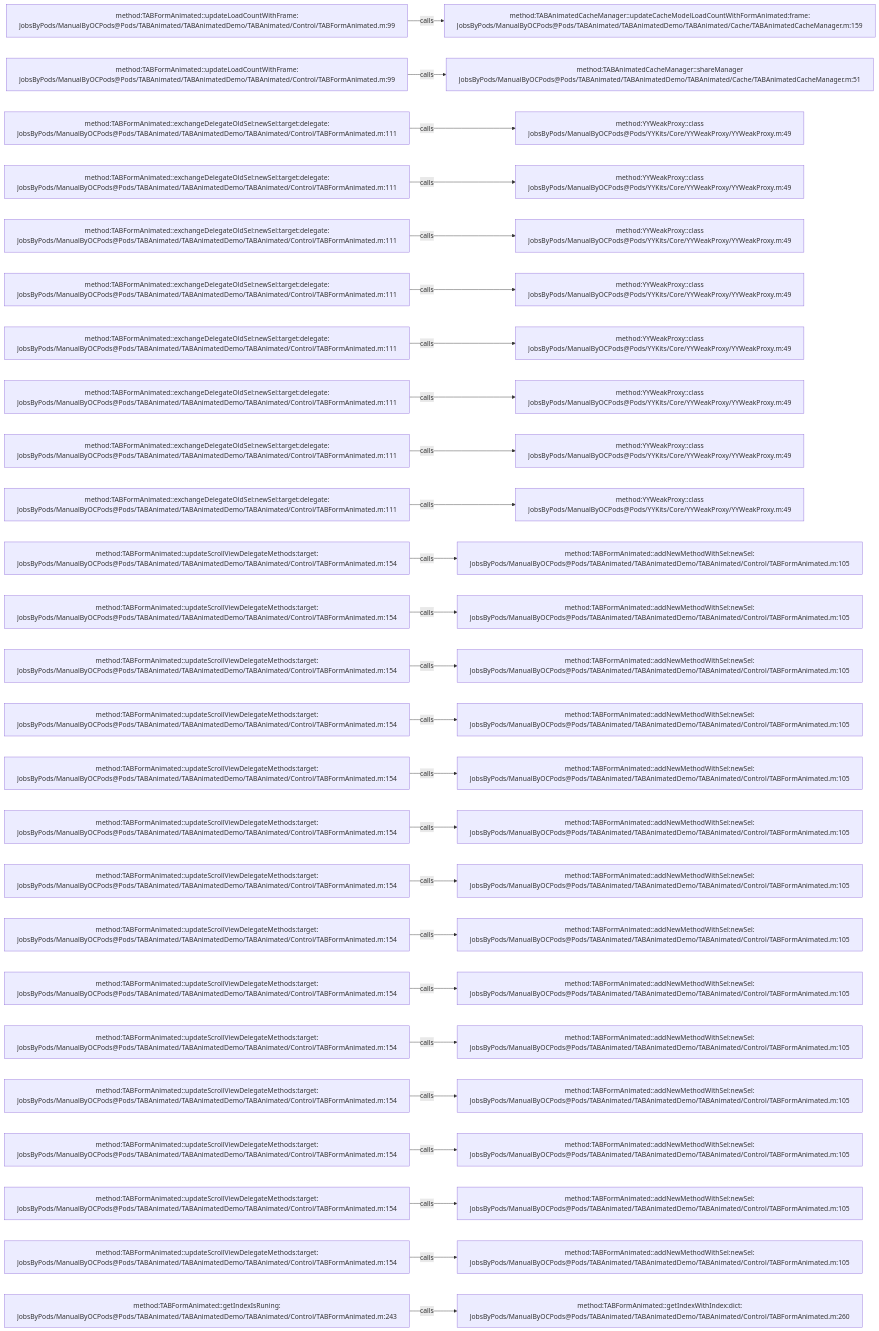
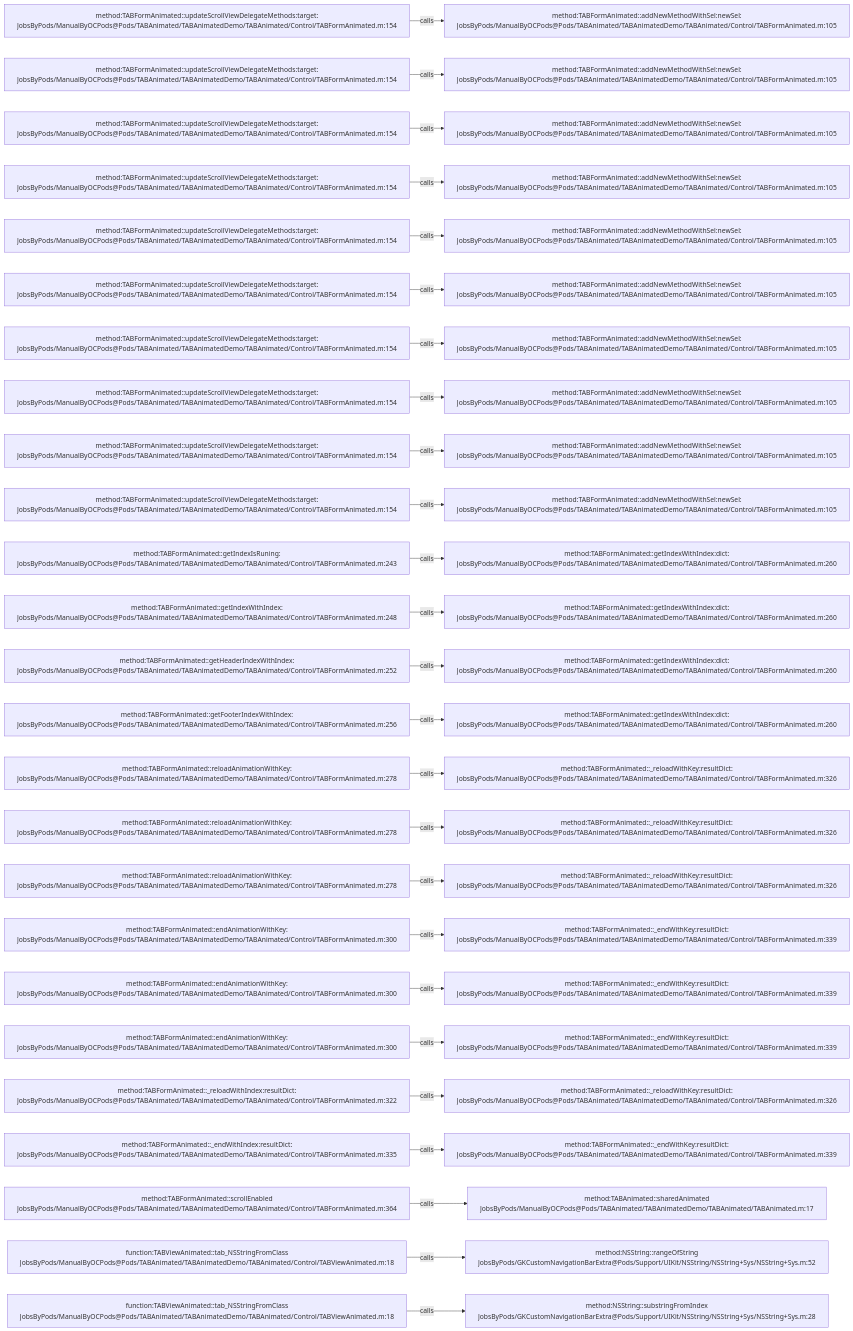
One commit to JobsKits/JobsOCBaseConfigDemo changed the diagram in .codegraph/codegraph.md/graphs/calls-026.md. Above: the diagram before and after it, drawn with Mermaid. The commit also changed 296 other files, not shown here.

````diff
--- a/.codegraph/codegraph.md/graphs/calls-026.md
+++ b/.codegraph/codegraph.md/graphs/calls-026.md
@@ -13,78 +13,78 @@
 ```mermaid
 flowchart LR
-  S1["method:TABFormAnimated::updateLoadCountWithFrame:<br/>JobsByPods/ManualByOCPods@Pods/TABAnimated/TABAnimatedDemo/TABAnimated/Control/TABFormAnimated.m:99"]
-  T1["method:TABAnimatedCacheManager::updateCacheModelLoadCountWithFormAnimated:frame:<br/>JobsByPods/ManualByOCPods@Pods/TABAnimated/TABAnimatedDemo/TABAnimated/Cache/TABAnimatedCacheManager.m:159"]
+  S1["method:TABFormAnimated::updateScrollViewDelegateMethods:target:<br/>JobsByPods/ManualByOCPods@Pods/TABAnimated/TABAnimatedDemo/TABAnimated/Control/TABFormAnimated.m:154"]
+  T1["method:TABFormAnimated::addNewMethodWithSel:newSel:<br/>JobsByPods/ManualByOCPods@Pods/TABAnimated/TABAnimatedDemo/TABAnimated/Control/TABFormAnimated.m:105"]
   S1 -->|calls| T1
-  S2["method:TABFormAnimated::updateLoadCountWithFrame:<br/>JobsByPods/ManualByOCPods@Pods/TABAnimated/TABAnimatedDemo/TABAnimated/Control/TABFormAnimated.m:99"]
-  T2["method:TABAnimatedCacheManager::shareManager<br/>JobsByPods/ManualByOCPods@Pods/TABAnimated/TABAnimatedDemo/TABAnimated/Cache/TABAnimatedCacheManager.m:51"]
+  S2["method:TABFormAnimated::updateScrollViewDelegateMethods:target:<br/>JobsByPods/ManualByOCPods@Pods/TABAnimated/TABAnimatedDemo/TABAnimated/Control/TABFormAnimated.m:154"]
+  T2["method:TABFormAnimated::addNewMethodWithSel:newSel:<br/>JobsByPods/ManualByOCPods@Pods/TABAnimated/TABAnimatedDemo/TABAnimated/Control/TABFormAnimated.m:105"]
   S2 -->|calls| T2
-  S3["method:TABFormAnimated::exchangeDelegateOldSel:newSel:target:delegate:<br/>JobsByPods/ManualByOCPods@Pods/TABAnimated/TABAnimatedDemo/TABAnimated/Control/TABFormAnimated.m:111"]
-  T3["method:YYWeakProxy::class<br/>JobsByPods/ManualByOCPods@Pods/YYKits/Core/YYWeakProxy/YYWeakProxy.m:49"]
+  S3["method:TABFormAnimated::updateScrollViewDelegateMethods:target:<br/>JobsByPods/ManualByOCPods@Pods/TABAnimated/TABAnimatedDemo/TABAnimated/Control/TABFormAnimated.m:154"]
+  T3["method:TABFormAnimated::addNewMethodWithSel:newSel:<br/>JobsByPods/ManualByOCPods@Pods/TABAnimated/TABAnimatedDemo/TABAnimated/Control/TABFormAnimated.m:105"]
   S3 -->|calls| T3
-  S4["method:TABFormAnimated::exchangeDelegateOldSel:newSel:target:delegate:<br/>JobsByPods/ManualByOCPods@Pods/TABAnimated/TABAnimatedDemo/TABAnimated/Control/TABFormAnimated.m:111"]
-  T4["method:YYWeakProxy::class<br/>JobsByPods/ManualByOCPods@Pods/YYKits/Core/YYWeakProxy/YYWeakProxy.m:49"]
+  S4["method:TABFormAnimated::updateScrollViewDelegateMethods:target:<br/>JobsByPods/ManualByOCPods@Pods/TABAnimated/TABAnimatedDemo/TABAnimated/Control/TABFormAnimated.m:154"]
+  T4["method:TABFormAnimated::addNewMethodWithSel:newSel:<br/>JobsByPods/ManualByOCPods@Pods/TABAnimated/TABAnimatedDemo/TABAnimated/Control/TABFormAnimated.m:105"]
   S4 -->|calls| T4
-  S5["method:TABFormAnimated::exchangeDelegateOldSel:newSel:target:delegate:<br/>JobsByPods/ManualByOCPods@Pods/TABAnimated/TABAnimatedDemo/TABAnimated/Control/TABFormAnimated.m:111"]
-  T5["method:YYWeakProxy::class<br/>JobsByPods/ManualByOCPods@Pods/YYKits/Core/YYWeakProxy/YYWeakProxy.m:49"]
+  S5["method:TABFormAnimated::updateScrollViewDelegateMethods:target:<br/>JobsByPods/ManualByOCPods@Pods/TABAnimated/TABAnimatedDemo/TABAnimated/Control/TABFormAnimated.m:154"]
+  T5["method:TABFormAnimated::addNewMethodWithSel:newSel:<br/>JobsByPods/ManualByOCPods@Pods/TABAnimated/TABAnimatedDemo/TABAnimated/Control/TABFormAnimated.m:105"]
   S5 -->|calls| T5
-  S6["method:TABFormAnimated::exchangeDelegateOldSel:newSel:target:delegate:<br/>JobsByPods/ManualByOCPods@Pods/TABAnimated/TABAnimatedDemo/TABAnimated/Control/TABFormAnimated.m:111"]
-  T6["method:YYWeakProxy::class<br/>JobsByPods/ManualByOCPods@Pods/YYKits/Core/YYWeakProxy/YYWeakProxy.m:49"]
+  S6["method:TABFormAnimated::updateScrollViewDelegateMethods:target:<br/>JobsByPods/ManualByOCPods@Pods/TABAnimated/TABAnimatedDemo/TABAnimated/Control/TABFormAnimated.m:154"]
+  T6["method:TABFormAnimated::addNewMethodWithSel:newSel:<br/>JobsByPods/ManualByOCPods@Pods/TABAnimated/TABAnimatedDemo/TABAnimated/Control/TABFormAnimated.m:105"]
   S6 -->|calls| T6
-  S7["method:TABFormAnimated::exchangeDelegateOldSel:newSel:target:delegate:<br/>JobsByPods/ManualByOCPods@Pods/TABAnimated/TABAnimatedDemo/TABAnimated/Control/TABFormAnimated.m:111"]
-  T7["method:YYWeakProxy::class<br/>JobsByPods/ManualByOCPods@Pods/YYKits/Core/YYWeakProxy/YYWeakProxy.m:49"]
+  S7["method:TABFormAnimated::updateScrollViewDelegateMethods:target:<br/>JobsByPods/ManualByOCPods@Pods/TABAnimated/TABAnimatedDemo/TABAnimated/Control/TABFormAnimated.m:154"]
+  T7["method:TABFormAnimated::addNewMethodWithSel:newSel:<br/>JobsByPods/ManualByOCPods@Pods/TABAnimated/TABAnimatedDemo/TABAnimated/Control/TABFormAnimated.m:105"]
   S7 -->|calls| T7
-  S8["method:TABFormAnimated::exchangeDelegateOldSel:newSel:target:delegate:<br/>JobsByPods/ManualByOCPods@Pods/TABAnimated/TABAnimatedDemo/TABAnimated/Control/TABFormAnimated.m:111"]
-  T8["method:YYWeakProxy::class<br/>JobsByPods/ManualByOCPods@Pods/YYKits/Core/YYWeakProxy/YYWeakProxy.m:49"]
+  S8["method:TABFormAnimated::updateScrollViewDelegateMethods:target:<br/>JobsByPods/ManualByOCPods@Pods/TABAnimated/TABAnimatedDemo/TABAnimated/Control/TABFormAnimated.m:154"]
+  T8["method:TABFormAnimated::addNewMethodWithSel:newSel:<br/>JobsByPods/ManualByOCPods@Pods/TABAnimated/TABAnimatedDemo/TABAnimated/Control/TABFormAnimated.m:105"]
   S8 -->|calls| T8
-  S9["method:TABFormAnimated::exchangeDelegateOldSel:newSel:target:delegate:<br/>JobsByPods/ManualByOCPods@Pods/TABAnimated/TABAnimatedDemo/TABAnimated/Control/TABFormAnimated.m:111"]
-  T9["method:YYWeakProxy::class<br/>JobsByPods/ManualByOCPods@Pods/YYKits/Core/YYWeakProxy/YYWeakProxy.m:49"]
+  S9["method:TABFormAnimated::updateScrollViewDelegateMethods:target:<br/>JobsByPods/ManualByOCPods@Pods/TABAnimated/TABAnimatedDemo/TABAnimated/Control/TABFormAnimated.m:154"]
+  T9["method:TABFormAnimated::addNewMethodWithSel:newSel:<br/>JobsByPods/ManualByOCPods@Pods/TABAnimated/TABAnimatedDemo/TABAnimated/Control/TABFormAnimated.m:105"]
   S9 -->|calls| T9
-  S10["method:TABFormAnimated::exchangeDelegateOldSel:newSel:target:delegate:<br/>JobsByPods/ManualByOCPods@Pods/TABAnimated/TABAnimatedDemo/TABAnimated/Control/TABFormAnimated.m:111"]
-  T10["method:YYWeakProxy::class<br/>JobsByPods/ManualByOCPods@Pods/YYKits/Core/YYWeakProxy/YYWeakProxy.m:49"]
+  S10["method:TABFormAnimated::updateScrollViewDelegateMethods:target:<br/>JobsByPods/ManualByOCPods@Pods/TABAnimated/TABAnimatedDemo/TABAnimated/Control/TABFormAnimated.m:154"]
+  T10["method:TABFormAnimated::addNewMethodWithSel:newSel:<br/>JobsByPods/ManualByOCPods@Pods/TABAnimated/TABAnimatedDemo/TABAnimated/Control/TABFormAnimated.m:105"]
   S10 -->|calls| T10
-  S11["method:TABFormAnimated::updateScrollViewDelegateMethods:target:<br/>JobsByPods/ManualByOCPods@Pods/TABAnimated/TABAnimatedDemo/TABAnimated/Control/TABFormAnimated.m:154"]
-  T11["method:TABFormAnimated::addNewMethodWithSel:newSel:<br/>JobsByPods/ManualByOCPods@Pods/TABAnimated/TABAnimatedDemo/TABAnimated/Control/TABFormAnimated.m:105"]
+  S11["method:TABFormAnimated::getIndexIsRuning:<br/>JobsByPods/ManualByOCPods@Pods/TABAnimated/TABAnimatedDemo/TABAnimated/Control/TABFormAnimated.m:243"]
+  T11["method:TABFormAnimated::getIndexWithIndex:dict:<br/>JobsByPods/ManualByOCPods@Pods/TABAnimated/TABAnimatedDemo/TABAnimated/Control/TABFormAnimated.m:260"]
   S11 -->|calls| T11
-  S12["method:TABFormAnimated::updateScrollViewDelegateMethods:target:<br/>JobsByPods/ManualByOCPods@Pods/TABAnimated/TABAnimatedDemo/TABAnimated/Control/TABFormAnimated.m:154"]
-  T12["method:TABFormAnimated::addNewMethodWithSel:newSel:<br/>JobsByPods/ManualByOCPods@Pods/TABAnimated/TABAnimatedDemo/TABAnimated/Control/TABFormAnimated.m:105"]
+  S12["method:TABFormAnimated::getIndexWithIndex:<br/>JobsByPods/ManualByOCPods@Pods/TABAnimated/TABAnimatedDemo/TABAnimated/Control/TABFormAnimated.m:248"]
+  T12["method:TABFormAnimated::getIndexWithIndex:dict:<br/>JobsByPods/ManualByOCPods@Pods/TABAnimated/TABAnimatedDemo/TABAnimated/Control/TABFormAnimated.m:260"]
   S12 -->|calls| T12
-  S13["method:TABFormAnimated::updateScrollViewDelegateMethods:target:<br/>JobsByPods/ManualByOCPods@Pods/TABAnimated/TABAnimatedDemo/TABAnimated/Control/TABFormAnimated.m:154"]
-  T13["method:TABFormAnimated::addNewMethodWithSel:newSel:<br/>JobsByPods/ManualByOCPods@Pods/TABAnimated/TABAnimatedDemo/TABAnimated/Control/TABFormAnimated.m:105"]
+  S13["method:TABFormAnimated::getHeaderIndexWithIndex:<br/>JobsByPods/ManualByOCPods@Pods/TABAnimated/TABAnimatedDemo/TABAnimated/Control/TABFormAnimated.m:252"]
+  T13["method:TABFormAnimated::getIndexWithIndex:dict:<br/>JobsByPods/ManualByOCPods@Pods/TABAnimated/TABAnimatedDemo/TABAnimated/Control/TABFormAnimated.m:260"]
   S13 -->|calls| T13
-  S14["method:TABFormAnimated::updateScrollViewDelegateMethods:target:<br/>JobsByPods/ManualByOCPods@Pods/TABAnimated/TABAnimatedDemo/TABAnimated/Control/TABFormAnimated.m:154"]
-  T14["method:TABFormAnimated::addNewMethodWithSel:newSel:<br/>JobsByPods/ManualByOCPods@Pods/TABAnimated/TABAnimatedDemo/TABAnimated/Control/TABFormAnimated.m:105"]
+  S14["method:TABFormAnimated::getFooterIndexWithIndex:<br/>JobsByPods/ManualByOCPods@Pods/TABAnimated/TABAnimatedDemo/TABAnimated/Control/TABFormAnimated.m:256"]
+  T14["method:TABFormAnimated::getIndexWithIndex:dict:<br/>JobsByPods/ManualByOCPods@Pods/TABAnimated/TABAnimatedDemo/TABAnimated/Control/TABFormAnimated.m:260"]
   S14 -->|calls| T14
-  S15["method:TABFormAnimated::updateScrollViewDelegateMethods:target:<br/>JobsByPods/ManualByOCPods@Pods/TABAnimated/TABAnimatedDemo/TABAnimated/Control/TABFormAnimated.m:154"]
-  T15["method:TABFormAnimated::addNewMethodWithSel:newSel:<br/>JobsByPods/ManualByOCPods@Pods/TABAnimated/TABAnimatedDemo/TABAnimated/Control/TABFormAnimated.m:105"]
+  S15["method:TABFormAnimated::reloadAnimationWithKey:<br/>JobsByPods/ManualByOCPods@Pods/TABAnimated/TABAnimatedDemo/TABAnimated/Control/TABFormAnimated.m:278"]
+  T15["method:TABFormAnimated::_reloadWithKey:resultDict:<br/>JobsByPods/ManualByOCPods@Pods/TABAnimated/TABAnimatedDemo/TABAnimated/Control/TABFormAnimated.m:326"]
   S15 -->|calls| T15
-  S16["method:TABFormAnimated::updateScrollViewDelegateMethods:target:<br/>JobsByPods/ManualByOCPods@Pods/TABAnimated/TABAnimatedDemo/TABAnimated/Control/TABFormAnimated.m:154"]
-  T16["method:TABFormAnimated::addNewMethodWithSel:newSel:<br/>JobsByPods/ManualByOCPods@Pods/TABAnimated/TABAnimatedDemo/TABAnimated/Control/TABFormAnimated.m:105"]
+  S16["method:TABFormAnimated::reloadAnimationWithKey:<br/>JobsByPods/ManualByOCPods@Pods/TABAnimated/TABAnimatedDemo/TABAnimated/Control/TABFormAnimated.m:278"]
+  T16["method:TABFormAnimated::_reloadWithKey:resultDict:<br/>JobsByPods/ManualByOCPods@Pods/TABAnimated/TABAnimatedDemo/TABAnimated/Control/TABFormAnimated.m:326"]
   S16 -->|calls| T16
-  S17["method:TABFormAnimated::updateScrollViewDelegateMethods:target:<br/>JobsByPods/ManualByOCPods@Pods/TABAnimated/TABAnimatedDemo/TABAnimated/Control/TABFormAnimated.m:154"]
-  T17["method:TABFormAnimated::addNewMethodWithSel:newSel:<br/>JobsByPods/ManualByOCPods@Pods/TABAnimated/TABAnimatedDemo/TABAnimated/Control/TABFormAnimated.m:105"]
+  S17["method:TABFormAnimated::reloadAnimationWithKey:<br/>JobsByPods/ManualByOCPods@Pods/TABAnimated/TABAnimatedDemo/TABAnimated/Control/TABFormAnimated.m:278"]
+  T17["method:TABFormAnimated::_reloadWithKey:resultDict:<br/>JobsByPods/ManualByOCPods@Pods/TABAnimated/TABAnimatedDemo/TABAnimated/Control/TABFormAnimated.m:326"]
   S17 -->|calls| T17
-  S18["method:TABFormAnimated::updateScrollViewDelegateMethods:target:<br/>JobsByPods/ManualByOCPods@Pods/TABAnimated/TABAnimatedDemo/TABAnimated/Control/TABFormAnimated.m:154"]
-  T18["method:TABFormAnimated::addNewMethodWithSel:newSel:<br/>JobsByPods/ManualByOCPods@Pods/TABAnimated/TABAnimatedDemo/TABAnimated/Control/TABFormAnimated.m:105"]
+  S18["method:TABFormAnimated::endAnimationWithKey:<br/>JobsByPods/ManualByOCPods@Pods/TABAnimated/TABAnimatedDemo/TABAnimated/Control/TABFormAnimated.m:300"]
+  T18["method:TABFormAnimated::_endWithKey:resultDict:<br/>JobsByPods/ManualByOCPods@Pods/TABAnimated/TABAnimatedDemo/TABAnimated/Control/TABFormAnimated.m:339"]
   S18 -->|calls| T18
-  S19["method:TABFormAnimated::updateScrollViewDelegateMethods:target:<br/>JobsByPods/ManualByOCPods@Pods/TABAnimated/TABAnimatedDemo/TABAnimated/Control/TABFormAnimated.m:154"]
-  T19["method:TABFormAnimated::addNewMethodWithSel:newSel:<br/>JobsByPods/ManualByOCPods@Pods/TABAnimated/TABAnimatedDemo/TABAnimated/Control/TABFormAnimated.m:105"]
+  S19["method:TABFormAnimated::endAnimationWithKey:<br/>JobsByPods/ManualByOCPods@Pods/TABAnimated/TABAnimatedDemo/TABAnimated/Control/TABFormAnimated.m:300"]
+  T19["method:TABFormAnimated::_endWithKey:resultDict:<br/>JobsByPods/ManualByOCPods@Pods/TABAnimated/TABAnimatedDemo/TABAnimated/Control/TABFormAnimated.m:339"]
   S19 -->|calls| T19
-  S20["method:TABFormAnimated::updateScrollViewDelegateMethods:target:<br/>JobsByPods/ManualByOCPods@Pods/TABAnimated/TABAnimatedDemo/TABAnimated/Control/TABFormAnimated.m:154"]
-  T20["method:TABFormAnimated::addNewMethodWithSel:newSel:<br/>JobsByPods/ManualByOCPods@Pods/TABAnimated/TABAnimatedDemo/TABAnimated/Control/TABFormAnimated.m:105"]
+  S20["method:TABFormAnimated::endAnimationWithKey:<br/>JobsByPods/ManualByOCPods@Pods/TABAnimated/TABAnimatedDemo/TABAnimated/Control/TABFormAnimated.m:300"]
+  T20["method:TABFormAnimated::_endWithKey:resultDict:<br/>JobsByPods/ManualByOCPods@Pods/TABAnimated/TABAnimatedDemo/TABAnimated/Control/TABFormAnimated.m:339"]
   S20 -->|calls| T20
-  S21["method:TABFormAnimated::updateScrollViewDelegateMethods:target:<br/>JobsByPods/ManualByOCPods@Pods/TABAnimated/TABAnimatedDemo/TABAnimated/Control/TABFormAnimated.m:154"]
-  T21["method:TABFormAnimated::addNewMethodWithSel:newSel:<br/>JobsByPods/ManualByOCPods@Pods/TABAnimated/TABAnimatedDemo/TABAnimated/Control/TABFormAnimated.m:105"]
+  S21["method:TABFormAnimated::_reloadWithIndex:resultDict:<br/>JobsByPods/ManualByOCPods@Pods/TABAnimated/TABAnimatedDemo/TABAnimated/Control/TABFormAnimated.m:322"]
+  T21["method:TABFormAnimated::_reloadWithKey:resultDict:<br/>JobsByPods/ManualByOCPods@Pods/TABAnimated/TABAnimatedDemo/TABAnimated/Control/TABFormAnimated.m:326"]
   S21 -->|calls| T21
-  S22["method:TABFormAnimated::updateScrollViewDelegateMethods:target:<br/>JobsByPods/ManualByOCPods@Pods/TABAnimated/TABAnimatedDemo/TABAnimated/Control/TABFormAnimated.m:154"]
-  T22["method:TABFormAnimated::addNewMethodWithSel:newSel:<br/>JobsByPods/ManualByOCPods@Pods/TABAnimated/TABAnimatedDemo/TABAnimated/Control/TABFormAnimated.m:105"]
+  S22["method:TABFormAnimated::_endWithIndex:resultDict:<br/>JobsByPods/ManualByOCPods@Pods/TABAnimated/TABAnimatedDemo/TABAnimated/Control/TABFormAnimated.m:335"]
+  T22["method:TABFormAnimated::_endWithKey:resultDict:<br/>JobsByPods/ManualByOCPods@Pods/TABAnimated/TABAnimatedDemo/TABAnimated/Control/TABFormAnimated.m:339"]
   S22 -->|calls| T22
-  S23["method:TABFormAnimated::updateScrollViewDelegateMethods:target:<br/>JobsByPods/ManualByOCPods@Pods/TABAnimated/TABAnimatedDemo/TABAnimated/Control/TABFormAnimated.m:154"]
-  T23["method:TABFormAnimated::addNewMethodWithSel:newSel:<br/>JobsByPods/ManualByOCPods@Pods/TABAnimated/TABAnimatedDemo/TABAnimated/Control/TABFormAnimated.m:105"]
+  S23["method:TABFormAnimated::scrollEnabled<br/>JobsByPods/ManualByOCPods@Pods/TABAnimated/TABAnimatedDemo/TABAnimated/Control/TABFormAnimated.m:364"]
+  T23["method:TABAnimated::sharedAnimated<br/>JobsByPods/ManualByOCPods@Pods/TABAnimated/TABAnimatedDemo/TABAnimated/TABAnimated.m:17"]
   S23 -->|calls| T23
-  S24["method:TABFormAnimated::updateScrollViewDelegateMethods:target:<br/>JobsByPods/ManualByOCPods@Pods/TABAnimated/TABAnimatedDemo/TABAnimated/Control/TABFormAnimated.m:154"]
-  T24["method:TABFormAnimated::addNewMethodWithSel:newSel:<br/>JobsByPods/ManualByOCPods@Pods/TABAnimated/TABAnimatedDemo/TABAnimated/Control/TABFormAnimated.m:105"]
+  S24["function:TABViewAnimated::tab_NSStringFromClass<br/>JobsByPods/ManualByOCPods@Pods/TABAnimated/TABAnimatedDemo/TABAnimated/Control/TABViewAnimated.m:18"]
+  T24["method:NSString::rangeOfString<br/>JobsByPods/GKCustomNavigationBarExtra@Pods/Support/UIKit/NSString/NSString+Sys/NSString+Sys.m:52"]
   S24 -->|calls| T24
-  S25["method:TABFormAnimated::getIndexIsRuning:<br/>JobsByPods/ManualByOCPods@Pods/TABAnimated/TABAnimatedDemo/TABAnimated/Control/TABFormAnimated.m:243"]
-  T25["method:TABFormAnimated::getIndexWithIndex:dict:<br/>JobsByPods/ManualByOCPods@Pods/TABAnimated/TABAnimatedDemo/TABAnimated/Control/TABFormAnimated.m:260"]
+  S25["function:TABViewAnimated::tab_NSStringFromClass<br/>JobsByPods/ManualByOCPods@Pods/TABAnimated/TABAnimatedDemo/TABAnimated/Control/TABViewAnimated.m:18"]
+  T25["method:NSString::substringFromIndex<br/>JobsByPods/GKCustomNavigationBarExtra@Pods/Support/UIKit/NSString/NSString+Sys/NSString+Sys.m:28"]
   S25 -->|calls| T25
 ```
````
